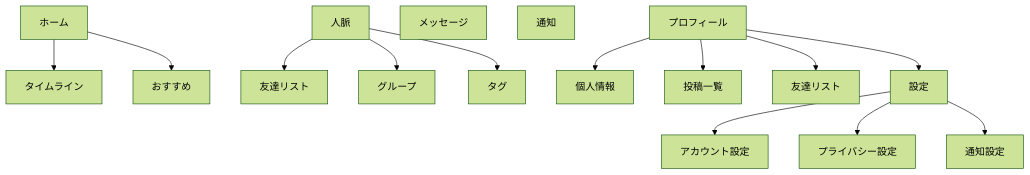
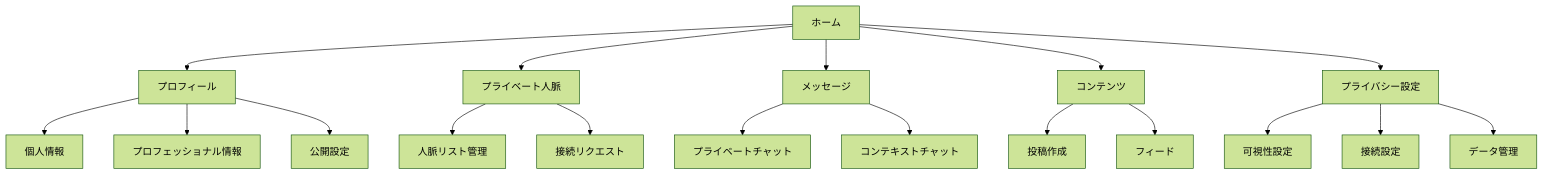
The second of 8 diagrams in uiux_book.md (hamatz/tech_doc), drawn with Mermaid (forest theme) before and after one commit. The commit also changed other lines of this file and 2 other files, not shown here.

````diff
--- a/uiux_book.md
+++ b/uiux_book.md
@@ -363,17 +331,25 @@
 ```mermaid
 graph TD
-    A[ホーム] --> B[タイムライン]
-    A --> C[おすすめ]
-    D[人脈] --> E[友達リスト]
-    D --> F[グループ]
-    D --> G[タグ]
-    H[メッセージ]
-    I[通知]
-    J[プロフィール] --> K[個人情報]
-    J --> L[投稿一覧]
-    J --> M[友達リスト]
-    J --> N[設定]
-    N --> O[アカウント設定]
-    N --> P[プライバシー設定]
-    N --> Q[通知設定]
+    A[ホーム] --> B[プロフィール]
+    A --> C[プライベート人脈]
+    A --> D[メッセージ]
+    A --> E[コンテンツ]
+    A --> F[プライバシー設定]
+    
+    B --> B1[個人情報]
+    B --> B2[プロフェッショナル情報]
+    B --> B3[公開設定]
+    
+    C --> C1[人脈リスト管理]
+    C --> C2[接続リクエスト]
+    
+    D --> D1[プライベートチャット]
+    D --> D2[コンテキストチャット]
+    
+    E --> E1[投稿作成]
+    E --> E2[フィード]
+    
+    F --> F1[可視性設定]
+    F --> F2[接続設定]
+    F --> F3[データ管理]
 ```
````
